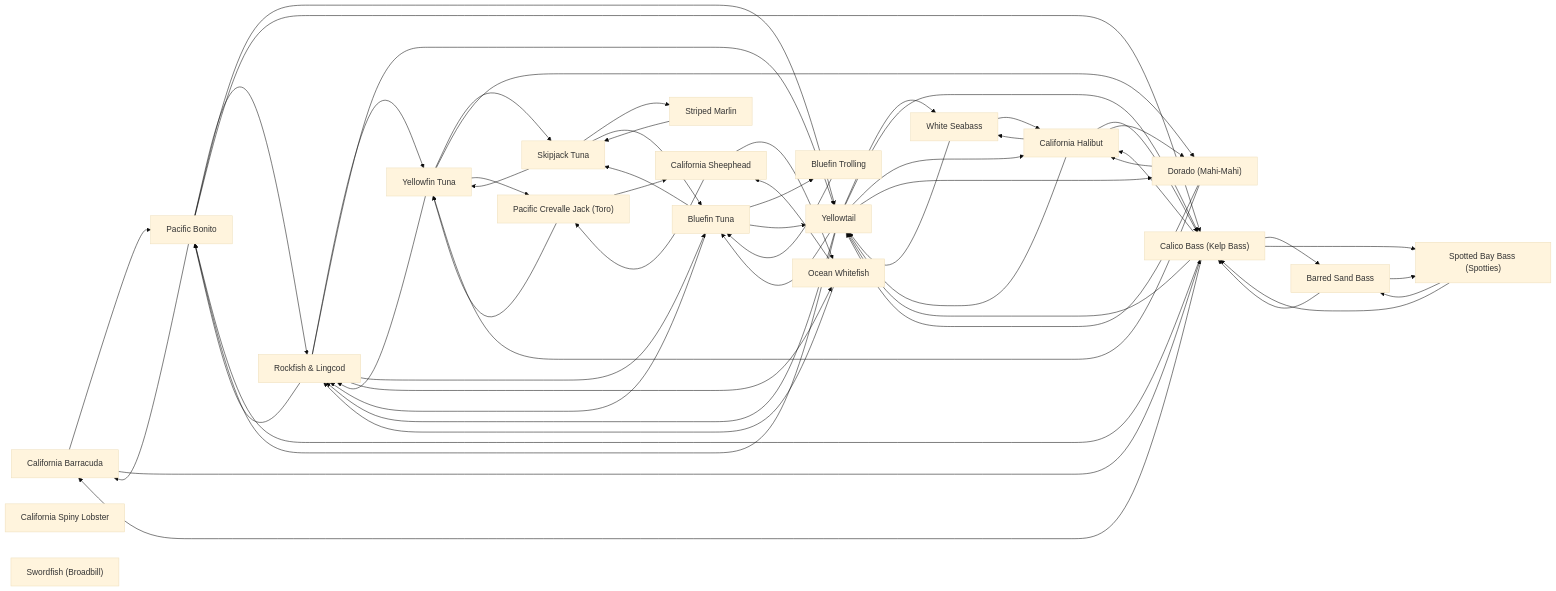
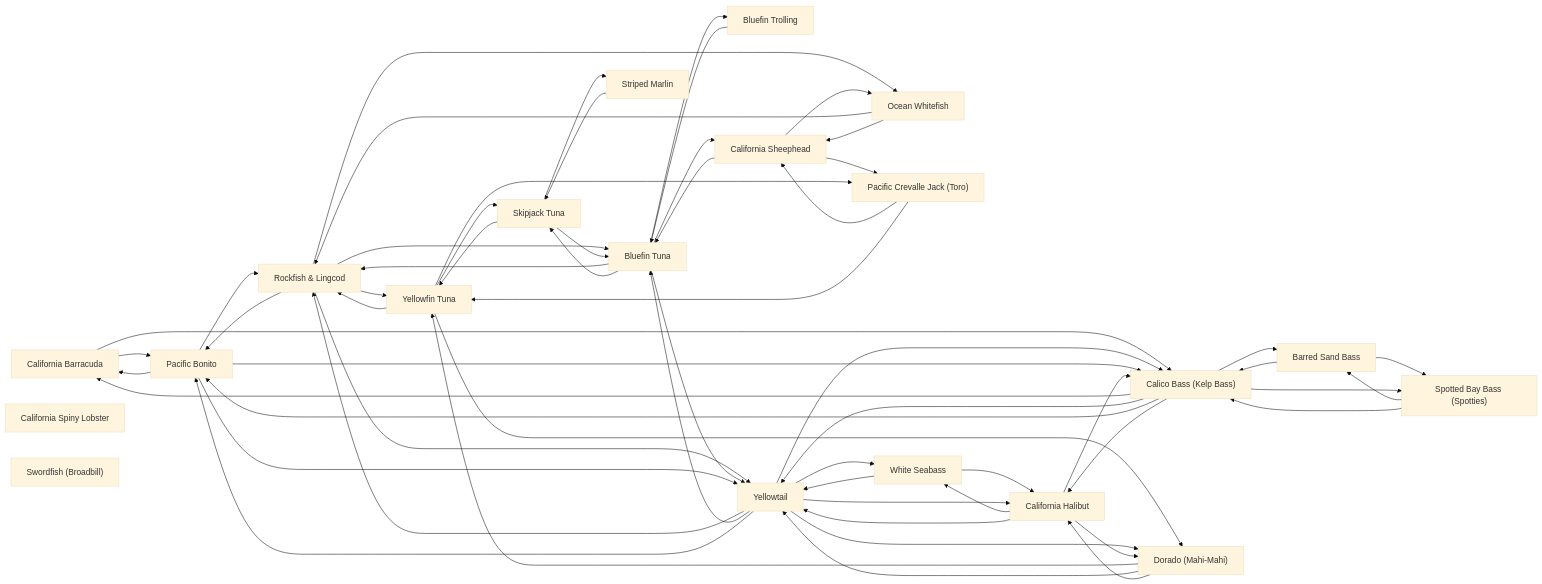
One commit to camchuckpete-max/Socal-Fishing-Knowledge changed the diagram in species/README.md. Above: the diagram before and after it, drawn with Mermaid (base theme). The commit also changed 5 other files, not shown here.

````diff
--- a/species/README.md
+++ b/species/README.md
@@ -33,79 +33,81 @@
 ```mermaid
 graph LR
   n0["California Barracuda"]
   n1["Bluefin Trolling"]
   n2["Bluefin Tuna"]
   n3["Pacific Bonito"]
   n4["Calico Bass (Kelp Bass)"]
   n5["California Halibut"]
   n6["California Spiny Lobster"]
   n7["Dorado (Mahi-Mahi)"]
   n8["Ocean Whitefish"]
   n9["Pacific Crevalle Jack (Toro)"]
   n10["Rockfish & Lingcod"]
   n11["Barred Sand Bass"]
   n12["California Sheephead"]
   n13["Skipjack Tuna"]
   n14["Spotted Bay Bass (Spotties)"]
   n15["Striped Marlin"]
   n16["Swordfish (Broadbill)"]
   n17["White Seabass"]
   n18["Yellowfin Tuna"]
   n19["Yellowtail"]
   n0 --> n3
   n0 --> n4
   n1 --> n2
   n10 --> n18
   n10 --> n19
   n10 --> n2
   n10 --> n3
   n10 --> n8
   n11 --> n14
   n11 --> n4
+  n12 --> n2
   n12 --> n8
   n12 --> n9
   n13 --> n15
   n13 --> n18
   n13 --> n2
   n14 --> n11
   n14 --> n4
   n15 --> n13
   n17 --> n19
   n17 --> n5
   n18 --> n10
   n18 --> n13
   n18 --> n7
   n18 --> n9
   n19 --> n10
   n19 --> n17
   n19 --> n2
   n19 --> n3
   n19 --> n4
   n19 --> n5
   n19 --> n7
   n2 --> n1
   n2 --> n10
+  n2 --> n12
   n2 --> n13
   n2 --> n19
   n3 --> n0
   n3 --> n10
   n3 --> n19
   n3 --> n4
   n4 --> n0
   n4 --> n11
   n4 --> n14
   n4 --> n19
   n4 --> n3
   n4 --> n5
   n5 --> n17
   n5 --> n19
   n5 --> n4
   n5 --> n7
   n7 --> n18
   n7 --> n19
   n7 --> n5
   n8 --> n10
   n8 --> n12
   n9 --> n12
   n9 --> n18
 ```
````
